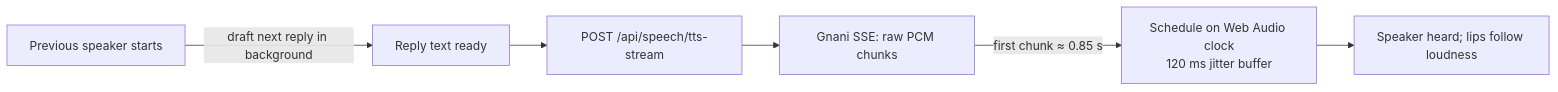
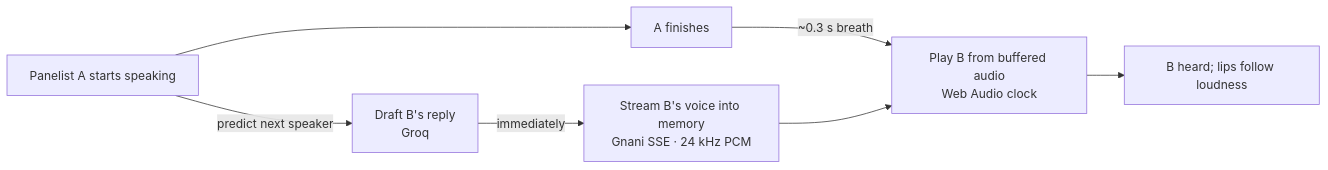
Before and after one commit to at9501264-stack/Azisly.ai: the fifth of 5 diagrams in README.md, drawn with Mermaid. The commit also changed other lines of this file and 4 other files, not shown here.

First line of the commit message:
perf: prepare the next speaker's voice ahead, warm-start the opening, run in Mumbai

````diff
--- a/README.md
+++ b/README.md
@@ -317,8 +317,9 @@
 ```mermaid
 flowchart LR
-    A[Previous speaker starts] -->|draft next reply in background| B[Reply text ready]
-    B --> C[POST /api/speech/tts-stream]
-    C --> D[Gnani SSE: raw PCM chunks]
-    D -->|first chunk ≈ 0.85 s| E[Schedule on Web Audio clock<br/>120 ms jitter buffer]
-    E --> F[Speaker heard; lips follow loudness]
+    A[Panelist A starts speaking] -->|predict next speaker| B[Draft B's reply<br/>Groq]
+    B -->|immediately| C[Stream B's voice into memory<br/>Gnani SSE · 24 kHz PCM]
+    A --> D[A finishes]
+    D -->|~0.3 s breath| E[Play B from buffered audio<br/>Web Audio clock]
+    C --> E
+    E --> F[B heard; lips follow loudness]
 ```
````
